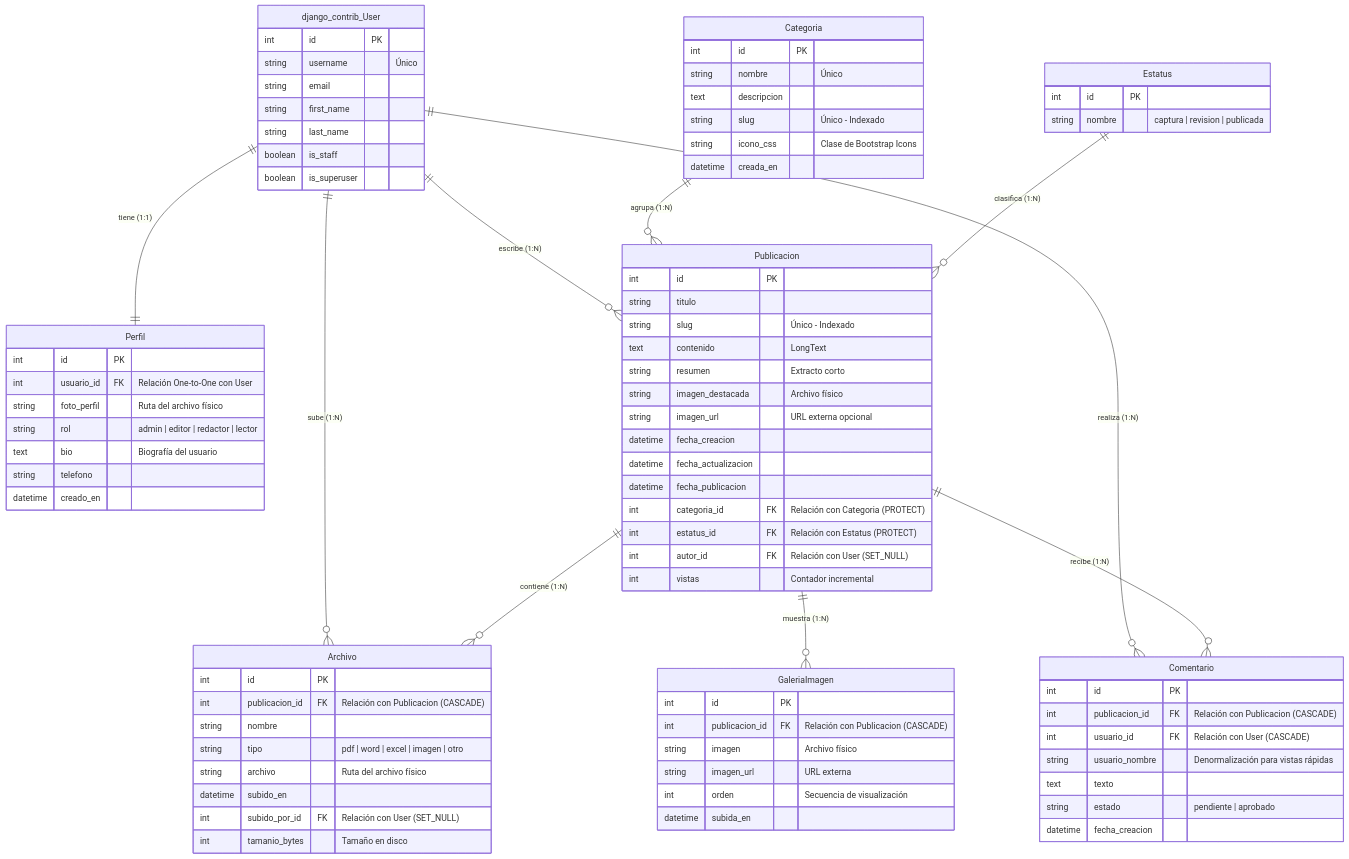
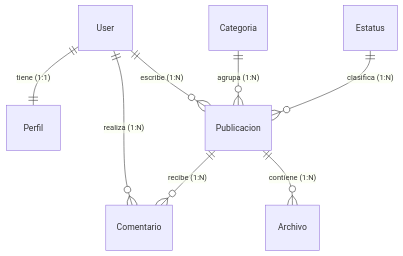
One commit to Juanito-Diaz/Canacintra changed the diagram in README.md. Above: the diagram before and after it, drawn with Mermaid. The commit also changed other lines of this file, not shown here.

````diff
--- a/README.md
+++ b/README.md
@@ -80,95 +104,10 @@
 ```mermaid
 erDiagram
-    django_contrib_User ||--|| Perfil : "tiene (1:1)"
-    django_contrib_User ||--o{ Publicacion : "escribe (1:N)"
-    django_contrib_User ||--o{ Archivo : "sube (1:N)"
-    django_contrib_User ||--o{ Comentario : "realiza (1:N)"
-    
+    User ||--|| Perfil : "tiene (1:1)"
+    User ||--o{ Publicacion : "escribe (1:N)"
+    User ||--o{ Comentario : "realiza (1:N)"
     Categoria ||--o{ Publicacion : "agrupa (1:N)"
     Estatus ||--o{ Publicacion : "clasifica (1:N)"
-    
     Publicacion ||--o{ Archivo : "contiene (1:N)"
-    Publicacion ||--o{ GaleriaImagen : "muestra (1:N)"
     Publicacion ||--o{ Comentario : "recibe (1:N)"
-
-    django_contrib_User {
-        int id PK
-        string username "Único"
-        string email
-        string first_name
-        string last_name
-        boolean is_staff
-        boolean is_superuser
-    }
-
-    Perfil {
-        int id PK
-        int usuario_id FK "Relación One-to-One con User"
-        string foto_perfil "Ruta del archivo físico"
-        string rol "admin | editor | redactor | lector"
-        text bio "Biografía del usuario"
-        string telefono
-        datetime creado_en
-    }
-
-    Categoria {
-        int id PK
-        string nombre "Único"
-        text descripcion
-        string slug "Único - Indexado"
-        string icono_css "Clase de Bootstrap Icons"
-        datetime creada_en
-    }
-
-    Estatus {
-        int id PK
-        string nombre "captura | revision | publicada"
-    }
-
-    Publicacion {
-        int id PK
-        string titulo
-        string slug "Único - Indexado"
-        text contenido "LongText"
-        string resumen "Extracto corto"
-        string imagen_destacada "Archivo físico"
-        string imagen_url "URL externa opcional"
-        datetime fecha_creacion
-        datetime fecha_actualizacion
-        datetime fecha_publicacion
-        int categoria_id FK "Relación con Categoria (PROTECT)"
-        int estatus_id FK "Relación con Estatus (PROTECT)"
-        int autor_id FK "Relación con User (SET_NULL)"
-        int vistas "Contador incremental"
-    }
-
-    Archivo {
-        int id PK
-        int publicacion_id FK "Relación con Publicacion (CASCADE)"
-        string nombre
-        string tipo "pdf | word | excel | imagen | otro"
-        string archivo "Ruta del archivo físico"
-        datetime subido_en
-        int subido_por_id FK "Relación con User (SET_NULL)"
-        int tamanio_bytes "Tamaño en disco"
-    }
-
-    GaleriaImagen {
-        int id PK
-        int publicacion_id FK "Relación con Publicacion (CASCADE)"
-        string imagen "Archivo físico"
-        string imagen_url "URL externa"
-        int orden "Secuencia de visualización"
-        datetime subida_en
-    }
-
-    Comentario {
-        int id PK
-        int publicacion_id FK "Relación con Publicacion (CASCADE)"
-        int usuario_id FK "Relación con User (CASCADE)"
-        string usuario_nombre "Denormalización para vistas rápidas"
-        text texto
-        string estado "pendiente | aprobado"
-        datetime fecha_creacion
-    }
 ```
````
